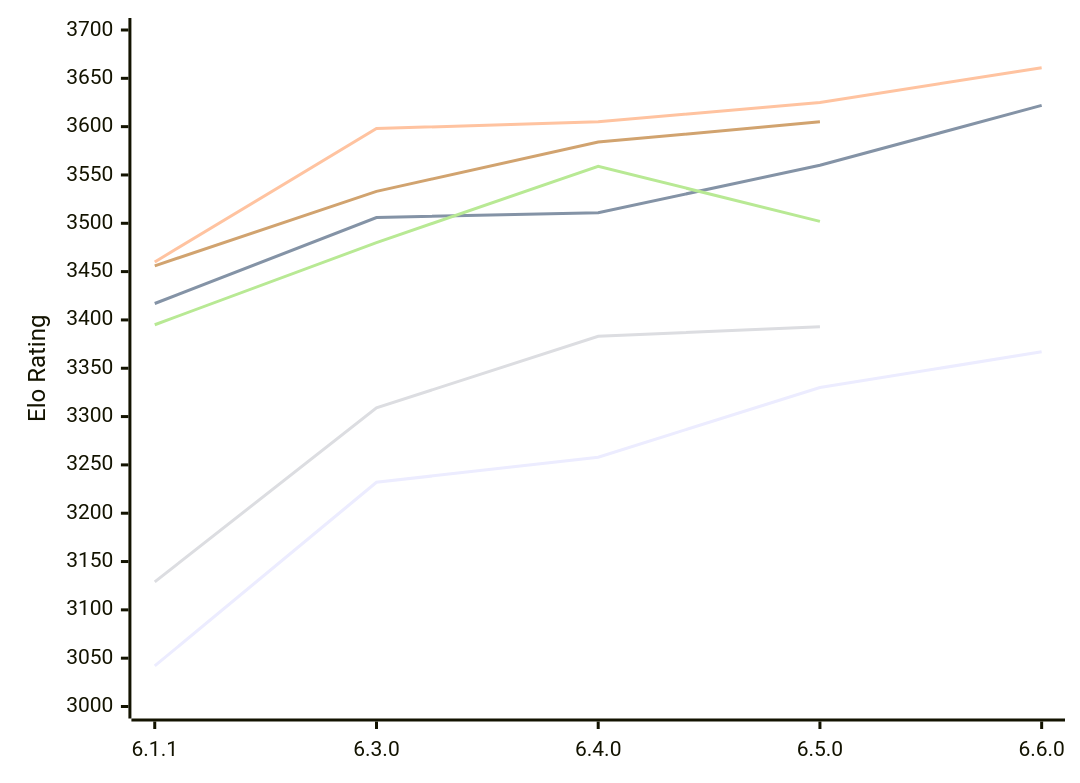
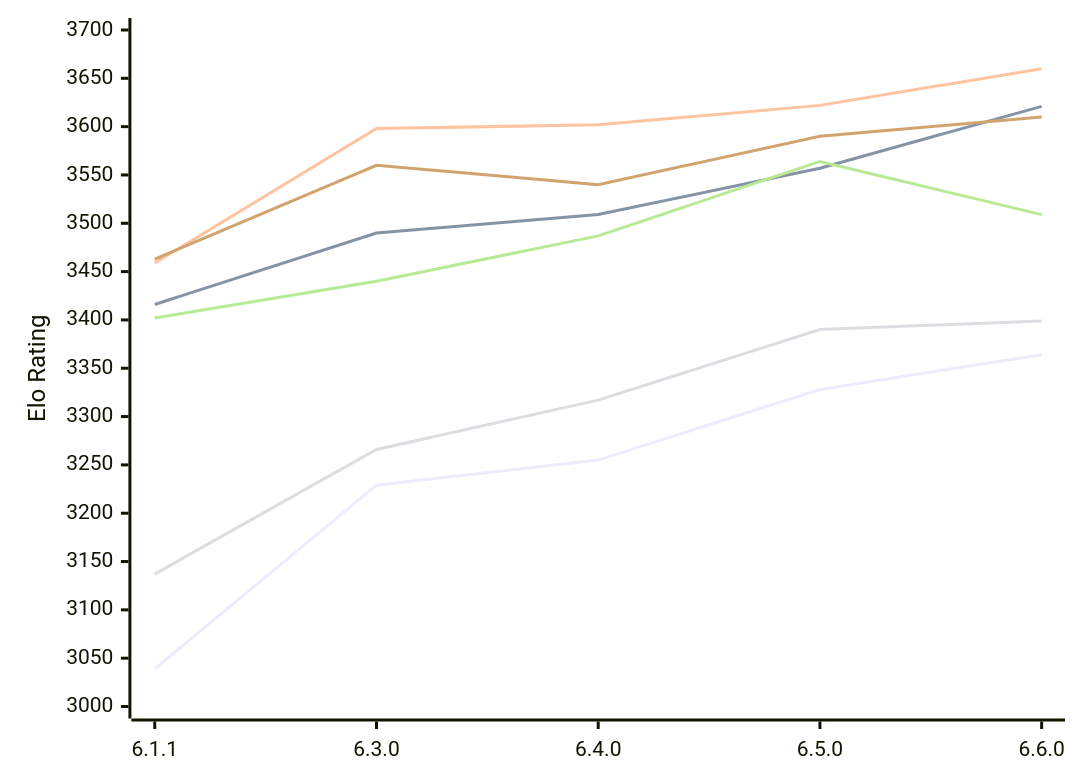
The first of 2 diagrams in engines/Zigqueen.md (computer-chess-index/cci), drawn with Mermaid before and after one commit. The commit also changed other lines of this file, not shown here.

Commit message:
Update CCI Ratings (ELO VLTC) - 2026-11-23

````diff
--- a/engines/Zigqueen.md
+++ b/engines/Zigqueen.md
@@ -58,12 +59,12 @@
 ```mermaid
 %%{init: {"theme":"base","themeVariables":{"seriesColors:['#a3a3a3','#222221','#faa371']}}}%%
 xychart-beta
   x-axis ["6.1.1", "6.3.0", "6.4.0", "6.5.0", "6.6.0"]
   y-axis "Elo Rating" 3000 --> 3700
-  line "E1: STC (8.0+0.08s)" [3042, 3232, 3258, 3330, 3367]
-  line "E1: LTC (60.0+0.60s)" [3417, 3506, 3511, 3560, 3622]
-  line "E1: VLTC (2m24s+1.12s)" [3460, 3598, 3605, 3625, 3661]
-  line "P1: STC (8.0+0.08s)" [3129, 3309, 3383, 3393]
-  line "P1: LTC (60.0+0.60s)" [3395, 3480, 3559, 3502]
-  line "P1: VLTC (2m24s+1.12s)" [3456, 3533, 3584, 3605]
+  line "E1: STC (8.0+0.08s)" [3039, 3229, 3255, 3328, 3364]
+  line "E1: LTC (60.0+0.60s)" [3416, 3490, 3509, 3557, 3621]
+  line "E1: VLTC (2m24s+1.12s)" [3459, 3598, 3602, 3622, 3660]
+  line "P1: STC (8.0+0.08s)" [3137, 3266, 3317, 3390, 3399]
+  line "P1: LTC (60.0+0.60s)" [3402, 3440, 3487, 3564, 3509]
+  line "P1: VLTC (2m24s+1.12s)" [3463, 3560, 3540, 3590, 3610]
 ```
````
